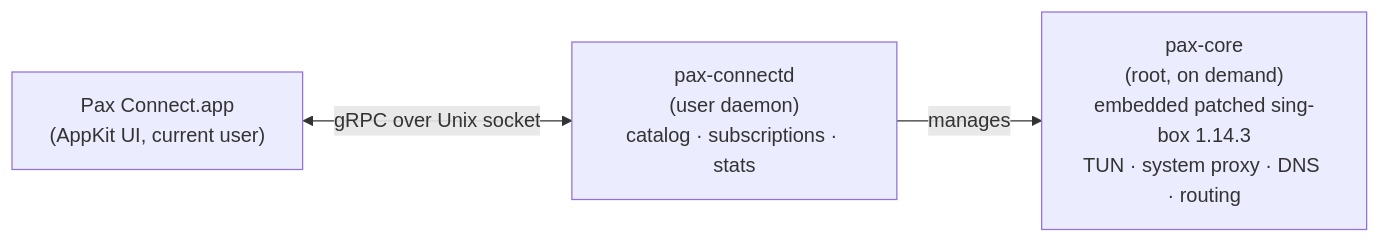
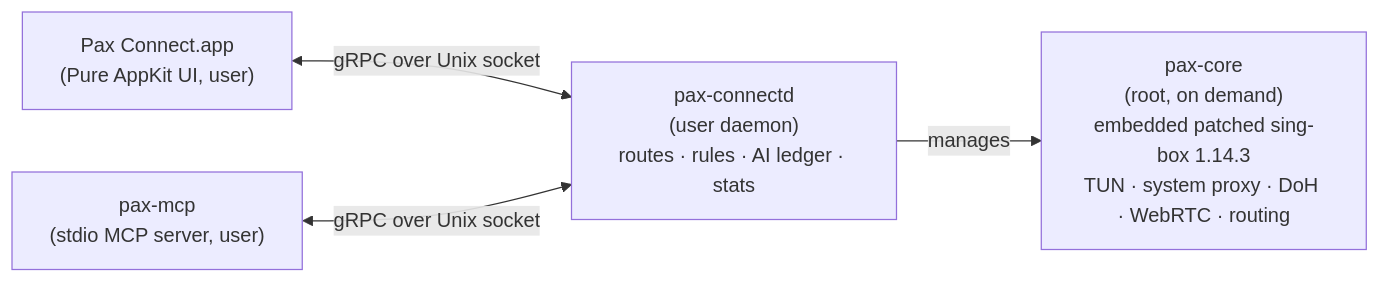
The diagram in README.md (Moore-developers/pax-connect-app), drawn with Mermaid before and after one commit. The commit also changed other lines of this file and 22 other files, not shown here.

````diff
--- a/README.md
+++ b/README.md
@@ -113,8 +162,10 @@
 ```mermaid
 flowchart LR
-    App["Pax Connect.app<br/>(AppKit UI, current user)"]
-    D["pax-connectd<br/>(user daemon)<br/>catalog · subscriptions · stats"]
-    C["pax-core<br/>(root, on demand)<br/>embedded patched sing-box 1.14.3<br/>TUN · system proxy · DNS · routing"]
+    App["Pax Connect.app<br/>(Pure AppKit UI, user)"]
+    MCP["pax-mcp<br/>(stdio MCP server, user)"]
+    D["pax-connectd<br/>(user daemon)<br/>routes · rules · AI ledger · stats"]
+    C["pax-core<br/>(root, on demand)<br/>embedded patched sing-box 1.14.3<br/>TUN · system proxy · DoH · WebRTC · routing"]
     App <-- "gRPC over Unix socket" --> D
+    MCP <-- "gRPC over Unix socket" --> D
     D -- "manages" --> C
 ```
````
